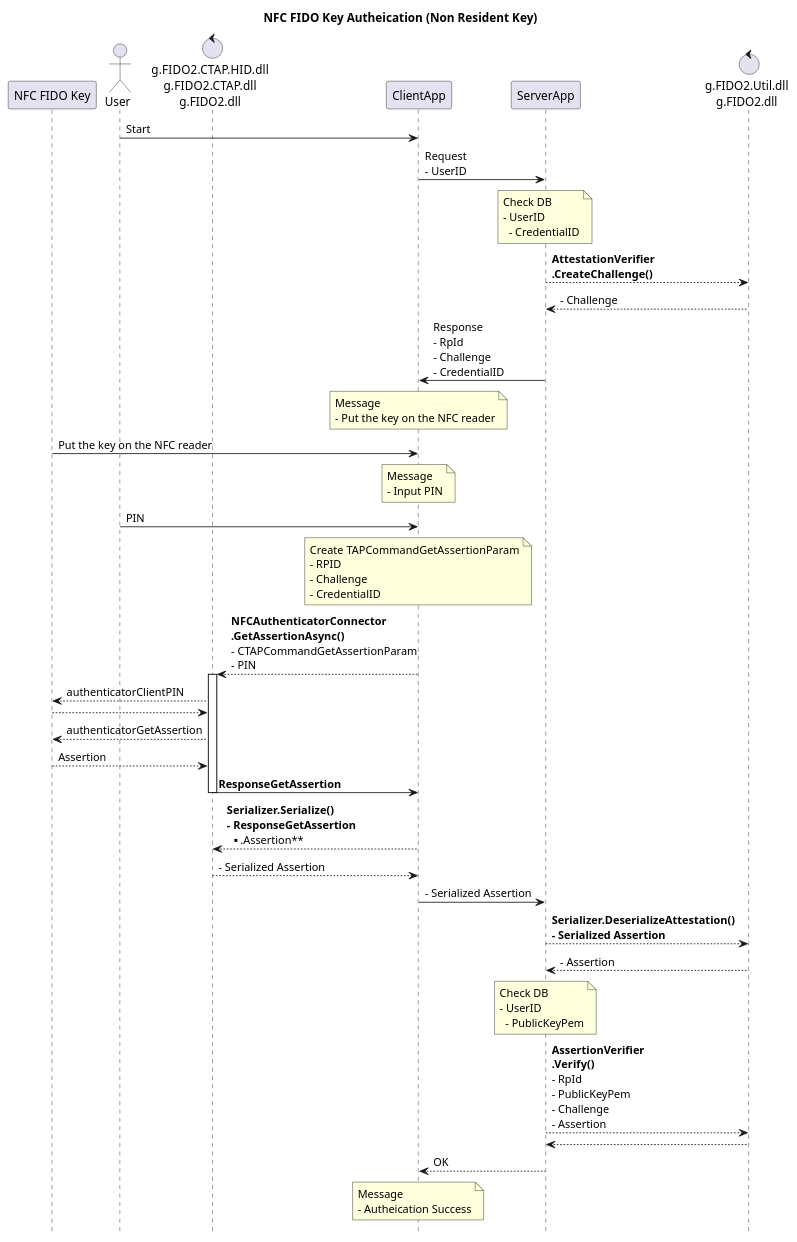
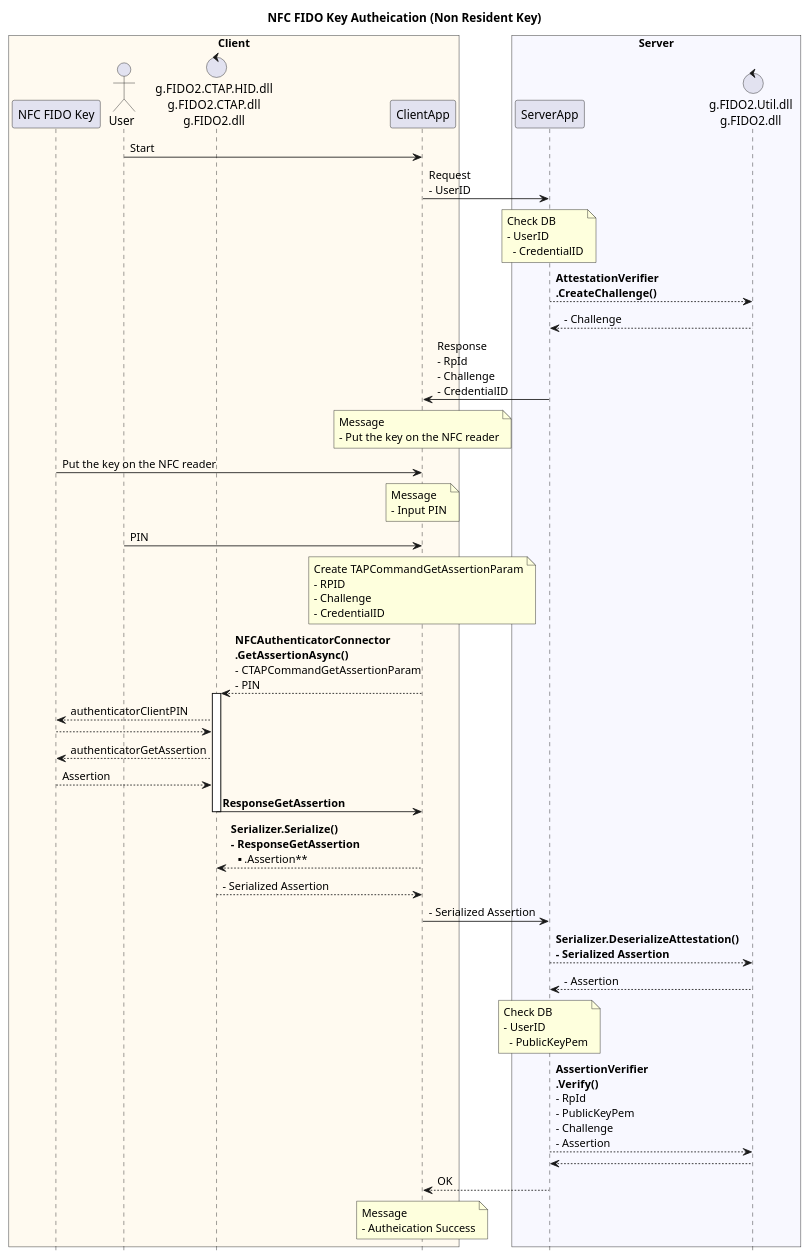
One commit to gebogebogebo/CTAPcs changed the diagram in pu/NFC_FIDO_Key_Autheication.pu. Above: the diagram before and after it, drawn with PlantUML. The commit also changed 3 other files, not shown here.

```diff
--- a/pu/NFC_FIDO_Key_Autheication.pu
+++ b/pu/NFC_FIDO_Key_Autheication.pu
@@ -1,54 +1,59 @@
 @startuml
 title NFC FIDO Key Autheication (Non Resident Key)
 hide footbox
 
-participant "NFC FIDO Key" as Key
-actor  "User" as User
-control "g.FIDO2.CTAP.HID.dll\ng.FIDO2.CTAP.dll\ng.FIDO2.dll" as CTAPHID
-participant "ClientApp" as Client
-participant "ServerApp" as Server
-control "g.FIDO2.Util.dll\ng.FIDO2.dll" as Util
+box "Client" #FloralWhite
+    participant "NFC FIDO Key" as Key
+    actor  "User" as User
+    control "g.FIDO2.CTAP.HID.dll\ng.FIDO2.CTAP.dll\ng.FIDO2.dll" as CTAPHID
+    participant "ClientApp" as Client
+end box
+
+box "Server" #GhostWhite
+    participant "ServerApp" as Server
+    control "g.FIDO2.Util.dll\ng.FIDO2.dll" as Util
+end box
 
 User -> Client : Start
 Client -> Server : Request\n- UserID
 note over Server : Check DB\n- UserID\n  - CredentialID
 
 Server --> Util : **AttestationVerifier**\n**.CreateChallenge()**
 Server <-- Util : - Challenge
 Client <- Server : Response\n- RpId\n- Challenge\n- CredentialID
 
 note over Client : Message\n- Put the key on the NFC reader
 Key -> Client : Put the key on the NFC reader
 
 note over Client : Message\n- Input PIN
 User -> Client : PIN
 
 note over Client : Create \CTAPCommandGetAssertionParam\n- RPID\n- Challenge\n- CredentialID
 
 CTAPHID <-- Client : **NFCAuthenticatorConnector**\n**.GetAssertionAsync()**\n- CTAPCommandGetAssertionParam\n- PIN
 
 activate CTAPHID
     Key <-- CTAPHID : authenticatorClientPIN
     Key --> CTAPHID
     Key <-- CTAPHID : authenticatorGetAssertion
     Key --> CTAPHID : Assertion
     CTAPHID -> Client : **ResponseGetAssertion**
 deactivate CTAPHID
 
 CTAPHID <-- Client : **Serializer.Serialize()**\n**- ResponseGetAssertion**\n**  .Assertion**
 CTAPHID --> Client :- Serialized Assertion
 
 Client -> Server :- Serialized Assertion
 
 Server --> Util : **Serializer.DeserializeAttestation()**\n**- Serialized Assertion**
 Server <-- Util : - Assertion
 
 note over Server : Check DB\n- UserID\n  - PublicKeyPem
 Server --> Util : **AssertionVerifier**\n**.Verify()**\n- RpId\n- PublicKeyPem\n- Challenge\n- Assertion
 Server <-- Util 
 
 Client <-- Server : OK
 
 note over Client : Message\n- Autheication Success
 
 @enduml
```
